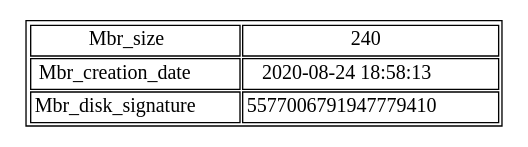
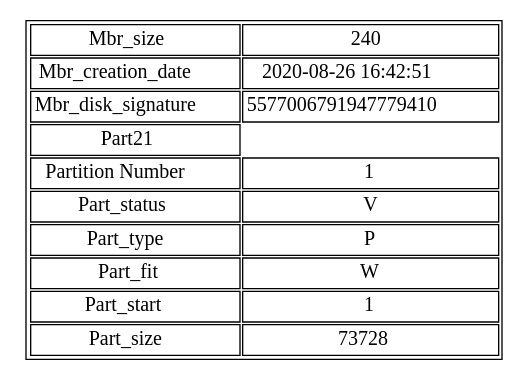
The diagram in reports/dots/mbr.dot (elJuanjoRamos/-MIA-Proyecto1_201801262), drawn with Graphviz before and after one commit. The commit also changed 17 other files, not shown here.

```diff
--- a/reports/dots/mbr.dot
+++ b/reports/dots/mbr.dot
@@ -1,1 +1,1 @@
-digraph test { graph [ratio=fill];node [label="Grafica", fontsize=15, shape=plaintext];graph [bb="0,0,352,154"];arset [label=<<TABLE><TR><TD>Mbr_size</TD><TD>240</TD></TR><TR><TD>Mbr_creation_date</TD><TD>2020-08-24 18:58:13</TD></TR><TR><TD>Mbr_disk_signature</TD><TD>5577006791947779410</TD></TR></TABLE>>, ];}
+digraph test { graph [ratio=fill];node [label="Grafica", fontsize=15, shape=plaintext];graph [bb="0,0,352,154"];arset [label=<<TABLE><TR><TD>Mbr_size</TD><TD>240</TD></TR><TR><TD>Mbr_creation_date</TD><TD>2020-08-26 16:42:51</TD></TR><TR><TD>Mbr_disk_signature</TD><TD>5577006791947779410</TD></TR><TR><TD>Part21</TD></TR><TR><TD>Partition Number</TD><TD>1</TD></TR><TR><TD>Part_status</TD><TD>V</TD></TR><TR><TD>Part_type</TD><TD>P</TD></TR><TR><TD>Part_fit</TD><TD>W</TD></TR><TR><TD>Part_start</TD><TD>1</TD></TR><TR><TD>Part_size</TD><TD>73728</TD></TR></TABLE>>, ];}
```
